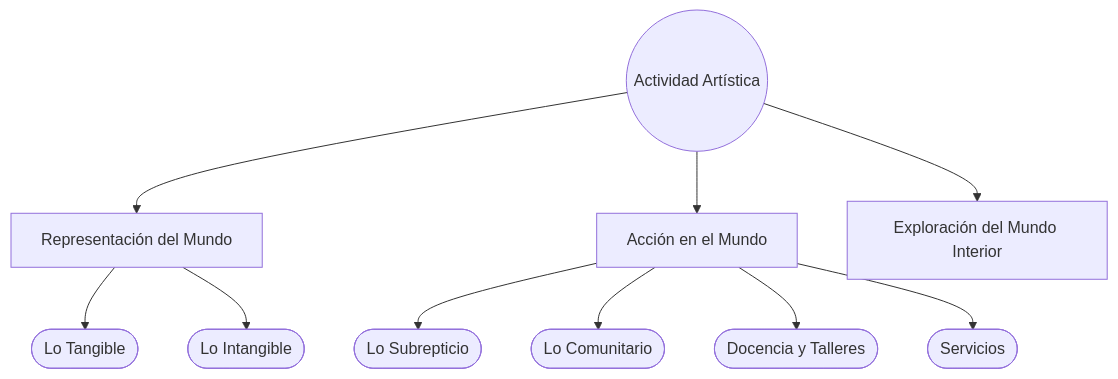
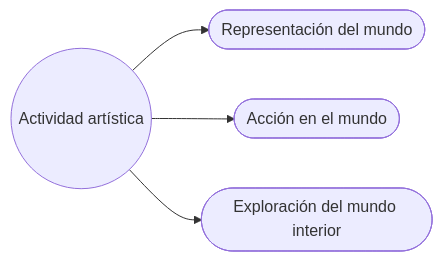
The diagram in ES/index.md (EGGS-Artesvisuales/EGGS-Artesvisuales.github.io), drawn with Mermaid before and after one commit. The commit also changed other lines of this file, not shown here.

```diff
--- a/ES/index.md
+++ b/ES/index.md
@@ -26,32 +26,15 @@
 <div class="mermaid">
-graph TD
-  principal((Actividad Artística))
-  representacion[Representación del Mundo]
-  accion[Acción en el Mundo]
-  interior[Exploración del Mundo Interior]
+flowchart LR
+  principal(("Actividad artística"))
+  representacion(["Representación del mundo"])
+  accion(["Acción en el mundo"])
+  interior(["Exploración del mundo interior"])
 
   principal --> representacion
   principal --> accion
   principal --> interior
 
-  representacion --> tangible([Lo Tangible])
-  representacion --> intangible([Lo Intangible])
-
-  accion --> subrepticio([Lo Subrepticio])
-  accion --> comunitario([Lo Comunitario])
-  accion --> docencia([Docencia y Talleres])
-  accion --> servicios([Servicios])
-
-  click principal "/ES/index.html" "Ir al Inicio"
-  click representacion "/ES/mundo-exterior.html" "Ver Representación del Mundo"
-  click tangible "/ES/tangible.html" "Explorar Lo Tangible"
-  click intangible "/ES/intangible.html" "Explorar Lo Intangible"
-
-  click accion "/ES/accion.html" "Ver Acción en el Mundo"
-  click subrepticio "/ES/subrepticio.html" "Ver Lo Subrepticio"
-  click comunitario "/ES/comunitario.html" "Ver Lo Comunitario"
-  click docencia "/ES/docencia.html" "Ver Docencia y Talleres"
-  click servicios "/ES/servicios.html" "Ver Servicios"
-
-  click interior "/ES/interior.html" "Explorar Mundo Interior"
+  click representacion "/ES/mundo-exterior.html" "Ir a Representación del mundo"
+  click accion "/ES/accion.html" "Ir a Acción en el mundo"
+  click interior "/ES/interior.html" "Ir a Mundo interior"
 </div>
```
